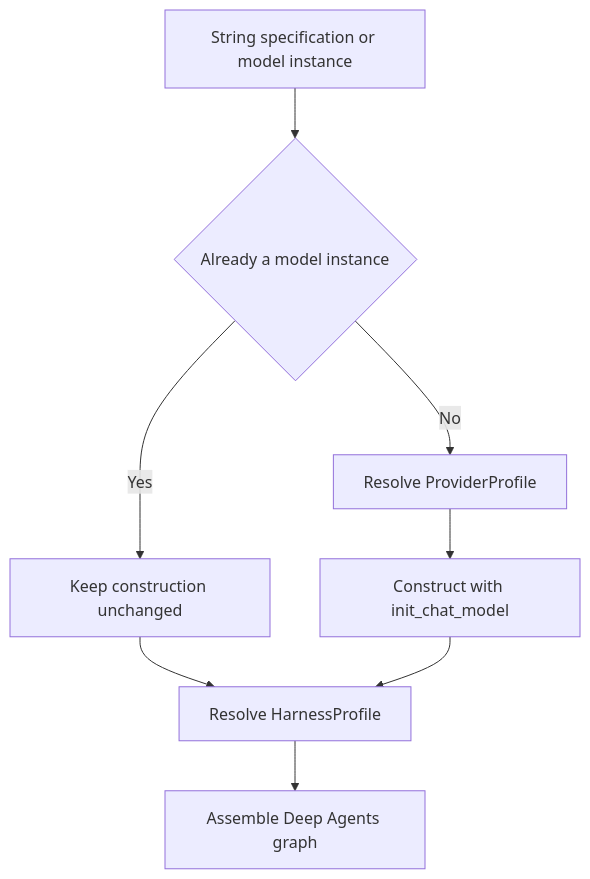
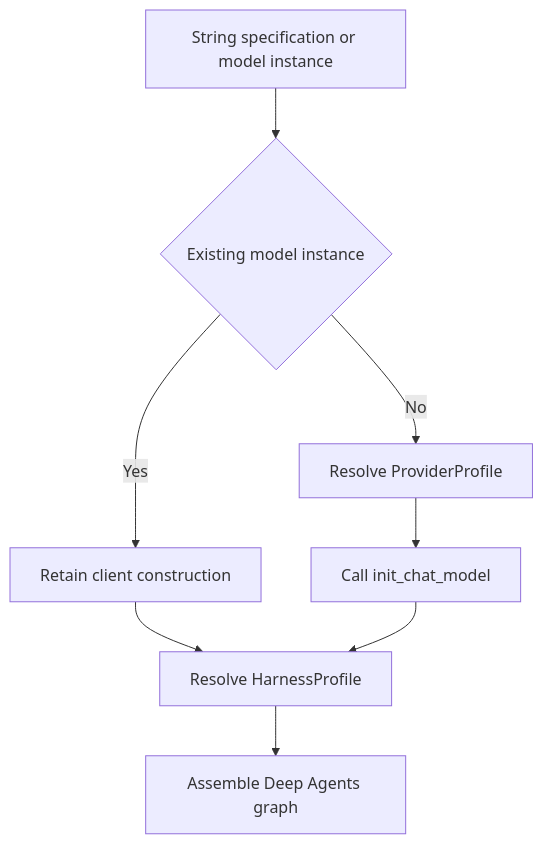
One commit to langchain-ai/deepagents changed the first of 2 diagrams in openwiki/concepts/profiles-models.md. Above: the diagram before and after it, drawn with Mermaid. The commit also changed other lines of this file and 43 other files, not shown here.

````diff
--- a/openwiki/concepts/profiles-models.md
+++ b/openwiki/concepts/profiles-models.md
@@ -71,10 +50,10 @@
 ```mermaid
 flowchart TD
-    Input["String specification or model instance"] --> Existing{"Already a model instance"}
-    Existing -->|Yes| Kept["Keep construction unchanged"]
-    Existing -->|No| Provider["Resolve ProviderProfile"]
-    Provider --> Client["Construct with init_chat_model"]
-    Kept --> Harness["Resolve HarnessProfile"]
-    Client --> Harness
-    Harness --> Agent["Assemble Deep Agents graph"]
+    Input["String specification or model instance"] --> Already{"Existing model instance"}
+    Already -->|Yes| Retain["Retain client construction"]
+    Already -->|No| Provider["Resolve ProviderProfile"]
+    Provider --> Build["Call init_chat_model"]
+    Retain --> Harness["Resolve HarnessProfile"]
+    Build --> Harness
+    Harness --> Graph["Assemble Deep Agents graph"]
 ```
````
